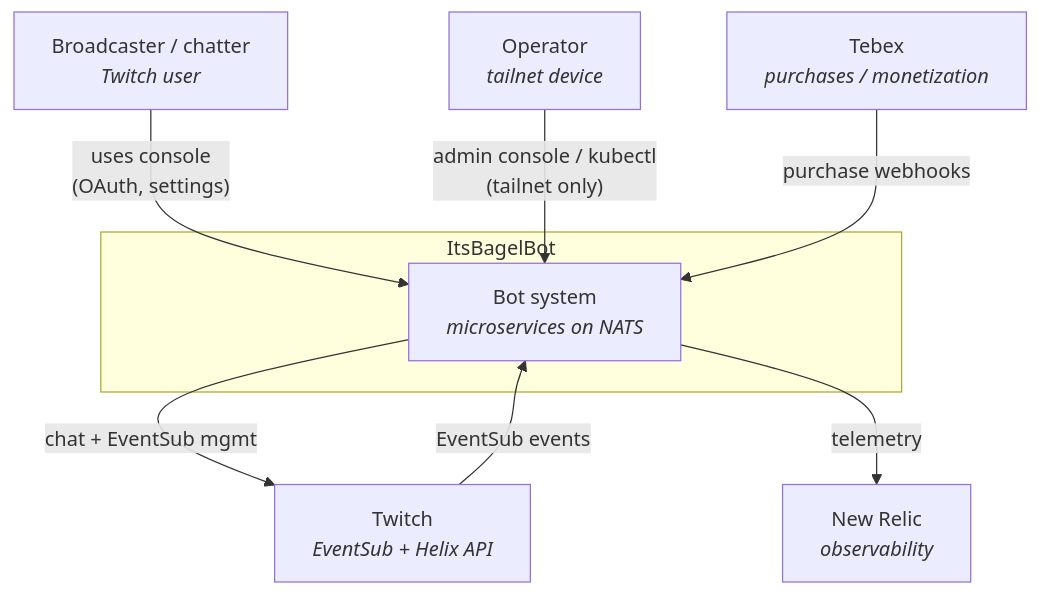
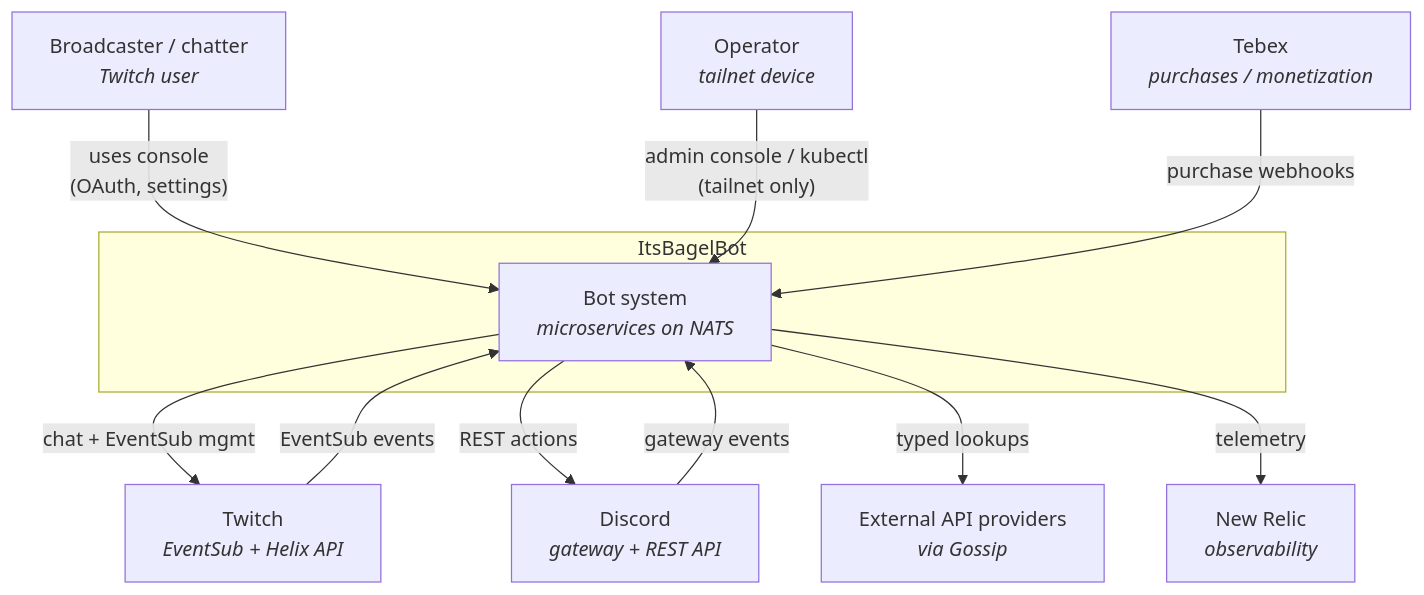
Before and after one commit to AdamOusmer/ItsBagelBot: the diagram in web/docs/src/content/docs/architecture/index.md, drawn with Mermaid. The commit also changed other lines of this file and 97 other files, not shown here.

````diff
--- a/web/docs/src/content/docs/architecture/index.md
+++ b/web/docs/src/content/docs/architecture/index.md
@@ -23,21 +23,26 @@
 ```mermaid
 flowchart TB
     Broadcaster["Broadcaster / chatter<br/><i>Twitch user</i>"]
     Operator["Operator<br/><i>tailnet device</i>"]
 
     subgraph Bagel ["ItsBagelBot"]
         Core["Bot system<br/><i>microservices on NATS</i>"]
     end
 
     Twitch["Twitch<br/><i>EventSub + Helix API</i>"]
+    Discord["Discord<br/><i>gateway + REST API</i>"]
     Tebex["Tebex<br/><i>purchases / monetization</i>"]
+    Providers["External API providers<br/><i>via Gossip</i>"]
     NewRelic["New Relic<br/><i>observability</i>"]
 
     Broadcaster -- "uses console<br/>(OAuth, settings)" --> Core
     Operator -- "admin console / kubectl<br/>(tailnet only)" --> Core
 
     Twitch -- "EventSub events" --> Core
     Core -- "chat + EventSub mgmt" --> Twitch
+    Discord -- "gateway events" --> Core
+    Core -- "REST actions" --> Discord
     Tebex -- "purchase webhooks" --> Core
+    Core -- "typed lookups" --> Providers
     Core -- "telemetry" --> NewRelic
 ```
````
